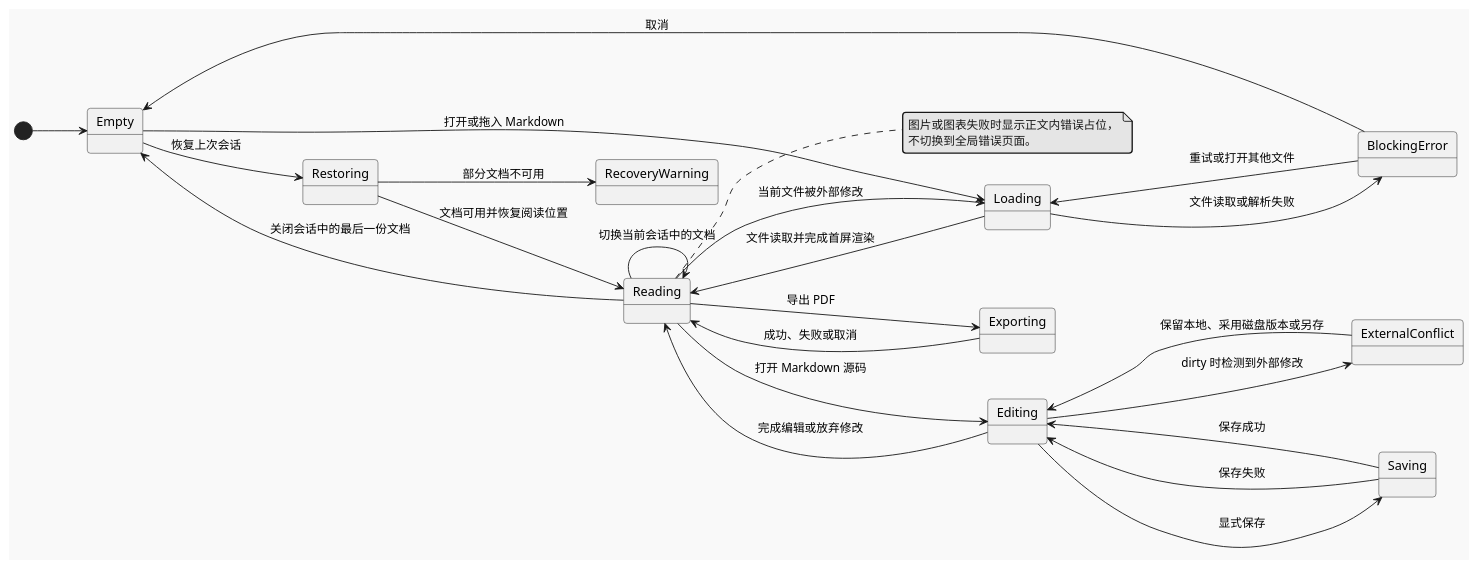
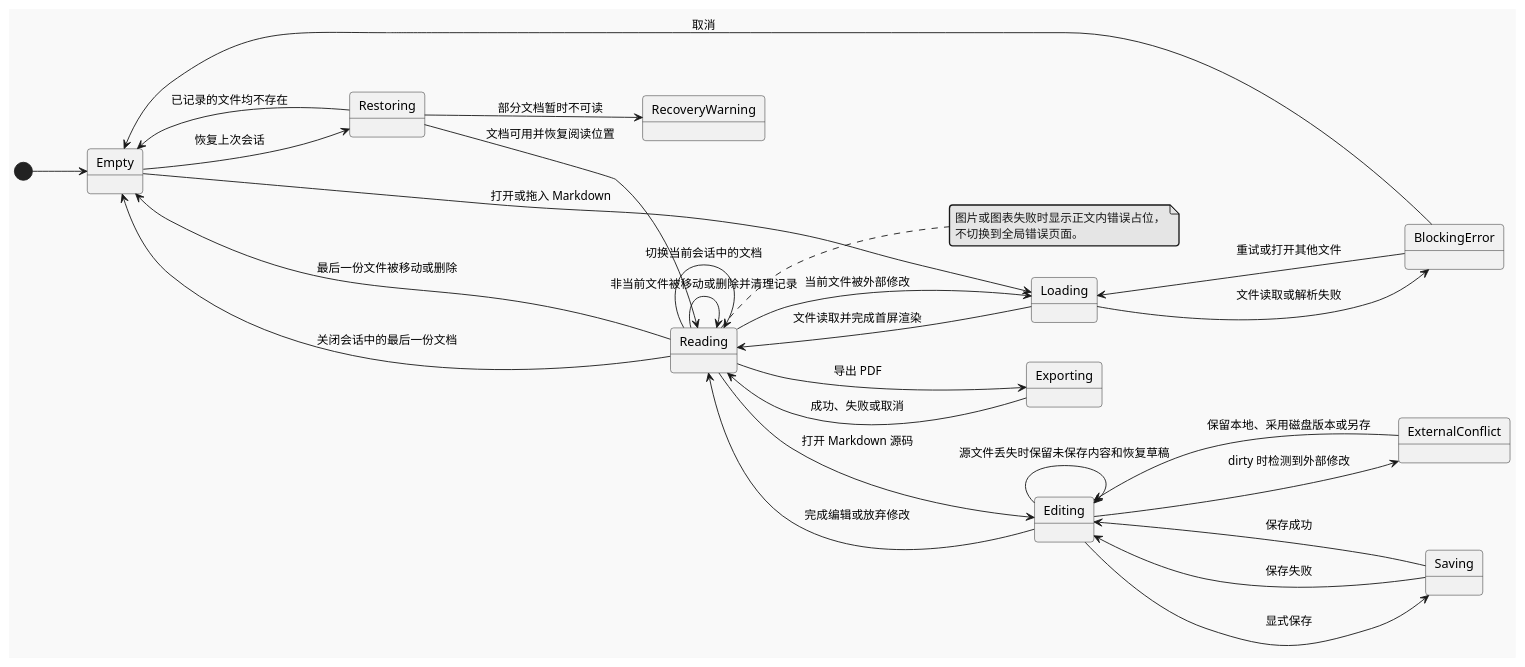
One commit to def-peter/fuxian changed the diagram in docs/design/interface-prototype.md. Above: the diagram before and after it, drawn with PlantUML. The commit also changed other lines of this file and 10 other files, not shown here.

````diff
--- a/docs/design/interface-prototype.md
+++ b/docs/design/interface-prototype.md
@@ -44,34 +44,38 @@
 ```plantuml
 @startuml
 !theme mars
 skinparam defaultFontName "PingFang SC"
 left to right direction
 
 [*] --> Empty
 Empty --> Restoring : 恢复上次会话
 Empty --> Loading : 打开或拖入 Markdown
 Restoring --> Reading : 文档可用并恢复阅读位置
-Restoring --> RecoveryWarning : 部分文档不可用
+Restoring --> RecoveryWarning : 部分文档暂时不可读
+Restoring --> Empty : 已记录的文件均不存在
 Loading --> Reading : 文件读取并完成首屏渲染
 Loading --> BlockingError : 文件读取或解析失败
 BlockingError --> Loading : 重试或打开其他文件
 BlockingError --> Empty : 取消
 Reading --> Editing : 打开 Markdown 源码
 Editing --> Saving : 显式保存
 Saving --> Editing : 保存成功
 Saving --> Editing : 保存失败
 Editing --> ExternalConflict : dirty 时检测到外部修改
 ExternalConflict --> Editing : 保留本地、采用磁盘版本或另存
+Editing --> Editing : 源文件丢失时保留未保存内容和恢复草稿
 Editing --> Reading : 完成编辑或放弃修改
 Reading --> Loading : 当前文件被外部修改
+Reading --> Reading : 非当前文件被移动或删除并清理记录
+Reading --> Empty : 最后一份文件被移动或删除
 Reading --> Reading : 切换当前会话中的文档
 Reading --> Exporting : 导出 PDF
 Exporting --> Reading : 成功、失败或取消
 Reading --> Empty : 关闭会话中的最后一份文档
 
 note right of Reading
 图片或图表失败时显示正文内错误占位，
 不切换到全局错误页面。
 end note
 @enduml
 ```
````
